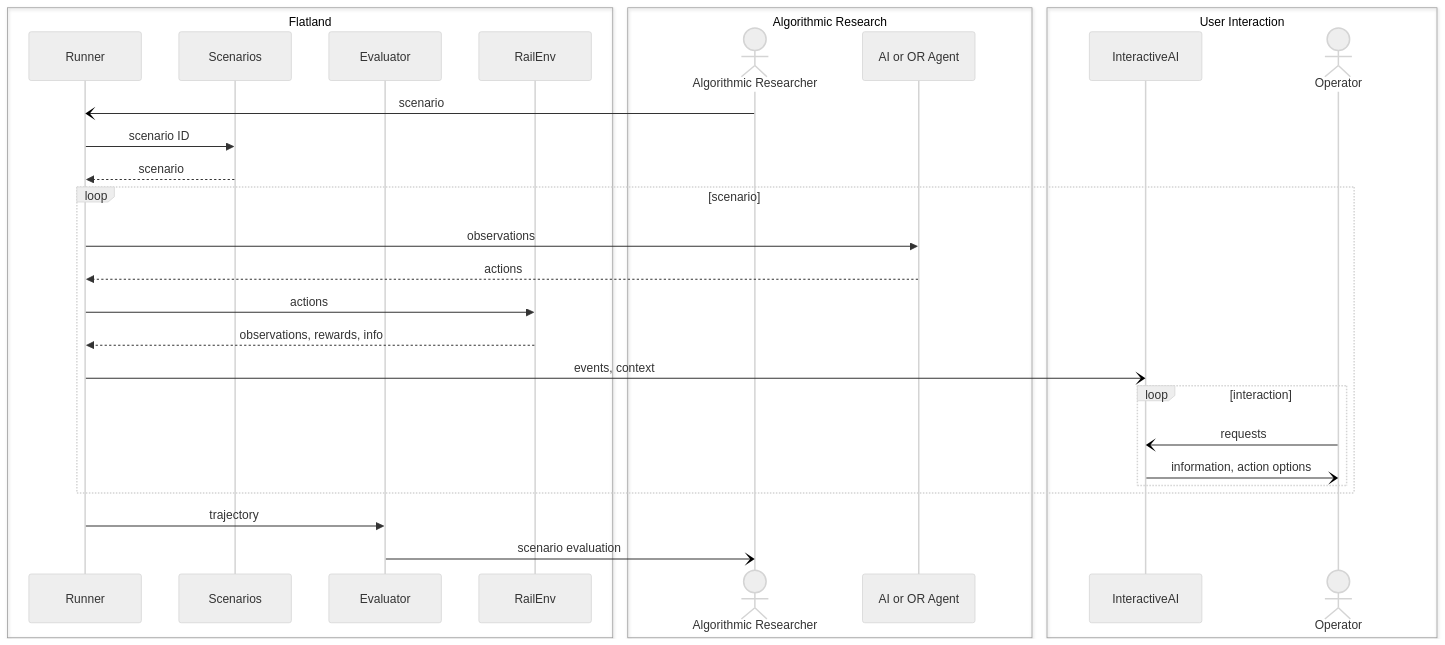
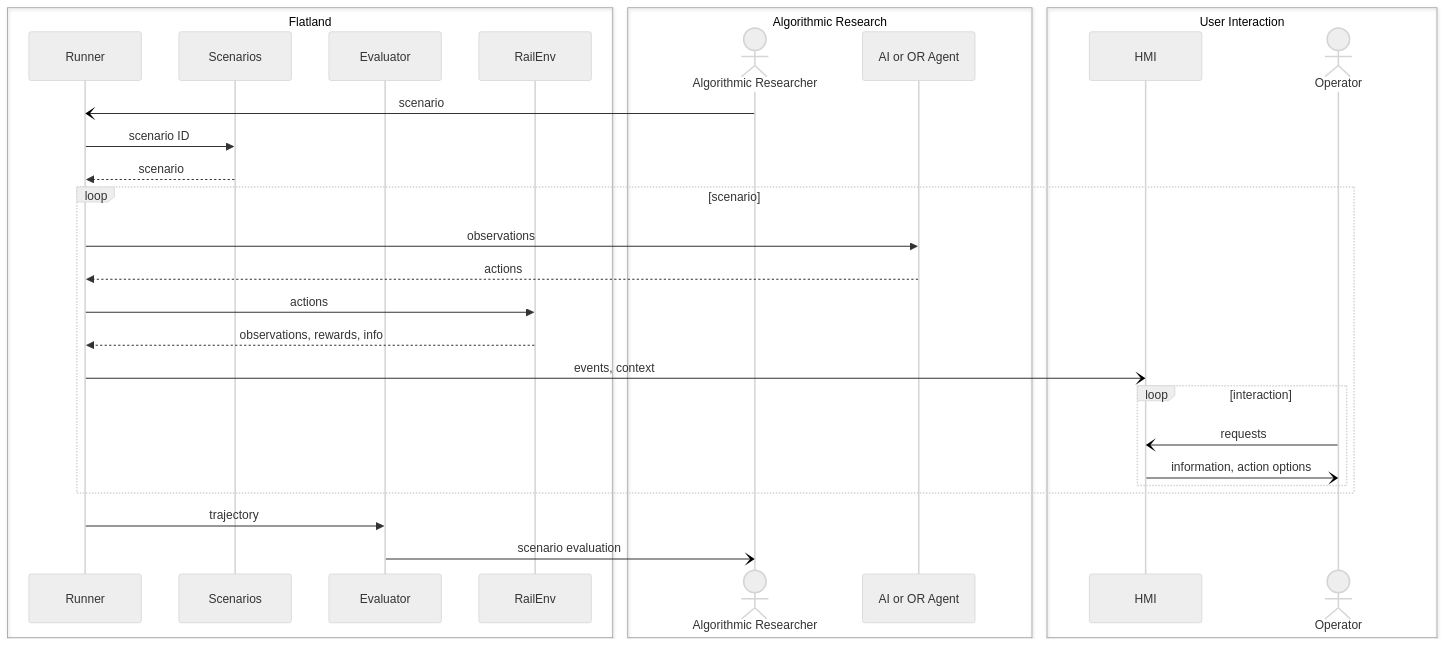
One commit to flatland-association/flatland-book changed the third of 7 diagrams in key-concepts/key_concepts.md. Above: the diagram before and after it, drawn with Mermaid (neutral theme). The commit also changed other lines of this file, not shown here.

Commit message:
docs(key-concepts): show a generic HMI instead of InteractiveAI in the interaction diagram.

````diff
--- a/key-concepts/key_concepts.md
+++ b/key-concepts/key_concepts.md
@@ -137,46 +141,46 @@
 ```mermaid
 sequenceDiagram
     participant Runner
     participant Scenarios
     participant Evaluator
     participant RailEnv
     actor Algorithmic Researcher
     participant AI or OR Agent
-    participant InteractiveAI
+    participant HMI
     actor Operator
 
     box Flatland
         participant Runner
         participant Evaluator
         participant RailEnv
         participant Scenarios
     end
 
     box Algorithmic Research
         participant Algorithmic Researcher
         participant AI or OR Agent
     end
 
     box User Interaction
-        participant InteractiveAI
+        participant HMI
         participant Operator
     end
 
     Algorithmic Researcher -) Runner: scenario
     Runner ->> Scenarios: scenario ID
     Scenarios -->> Runner: scenario
     loop scenario
         Runner ->> AI or OR Agent: observations
         AI or OR Agent -->> Runner: actions
         Runner ->> RailEnv: actions
         RailEnv -->> Runner: observations, rewards, info
-        Runner -) InteractiveAI: events, context
+        Runner -) HMI: events, context
         loop interaction
-            Operator -) InteractiveAI: requests
-            InteractiveAI -) Operator: information, action options
+            Operator -) HMI: requests
+            HMI -) Operator: information, action options
         end
     end
 
     Runner ->> Evaluator: trajectory
     Evaluator -) Algorithmic Researcher: scenario evaluation
 ```
````
